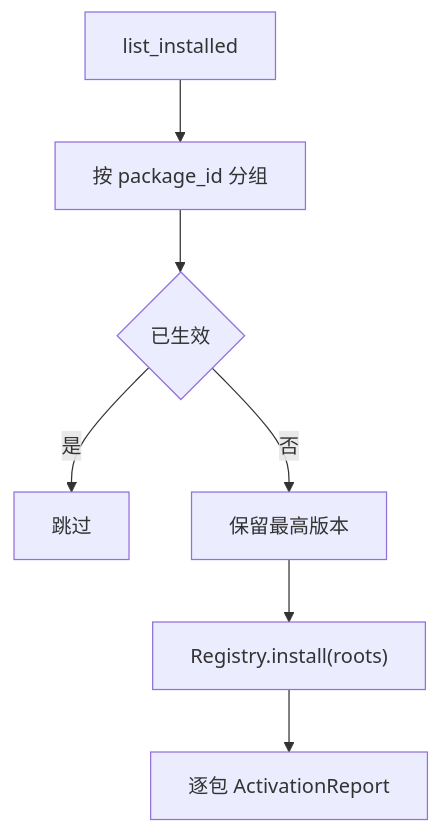
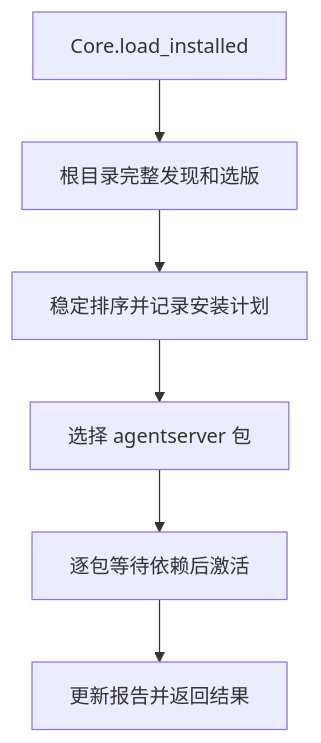
The second of 2 diagrams in jiuwenswarm/extensions_v2/docs/features/F_03_registry-facade.md (openJiuwen-ai/jiuwenswarm), drawn with Mermaid before and after one commit. The commit also changed other lines of this file and 74 other files, not shown here.

````diff
--- a/jiuwenswarm/extensions_v2/docs/features/F_03_registry-facade.md
+++ b/jiuwenswarm/extensions_v2/docs/features/F_03_registry-facade.md
@@ -105,9 +105,8 @@
 ```mermaid
 flowchart TD
-    A["list_installed"] --> B["按 package_id 分组"]
-    B --> C{"已生效"}
-    C -->|"是"| D["跳过"]
-    C -->|"否"| E["保留最高版本"]
-    E --> F["Registry.install(roots)"]
-    F --> G["逐包 ActivationReport"]
+    A["Core.load_installed"] --> B["根目录完整发现和选版"]
+    B --> C["稳定排序并记录安装计划"]
+    C --> D["选择 agentserver 包"]
+    D --> E["逐包等待依赖后激活"]
+    E --> F["更新报告并返回结果"]
 ```
````
